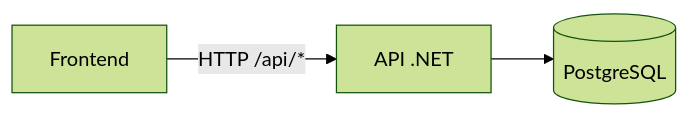
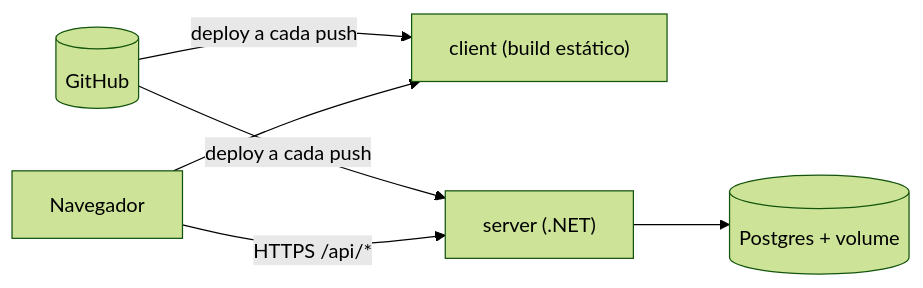
Before and after one commit to i-am-anderson/sesi-teste: the fifth of 5 diagrams in README.md, drawn with Mermaid (forest theme). The commit also changed other lines of this file and 25 other files, not shown here.

Commit message:
feat: data entry, search correction, adding API data to the frontend.

````diff
--- a/README.md
+++ b/README.md
@@ -123,5 +493,8 @@
 ```mermaid
 flowchart LR
-  FE[Frontend] -->|HTTP /api/*| API[API .NET]
-  API --> PG[(PostgreSQL)]
+  GH[(GitHub)] -->|deploy a cada push| C["client (build estático)"]
+  GH -->|deploy a cada push| S["server (.NET)"]
+  U[Navegador] --> C
+  U -->|HTTPS /api/*| S
+  S --> PG[("Postgres + volume")]
 ```
````
